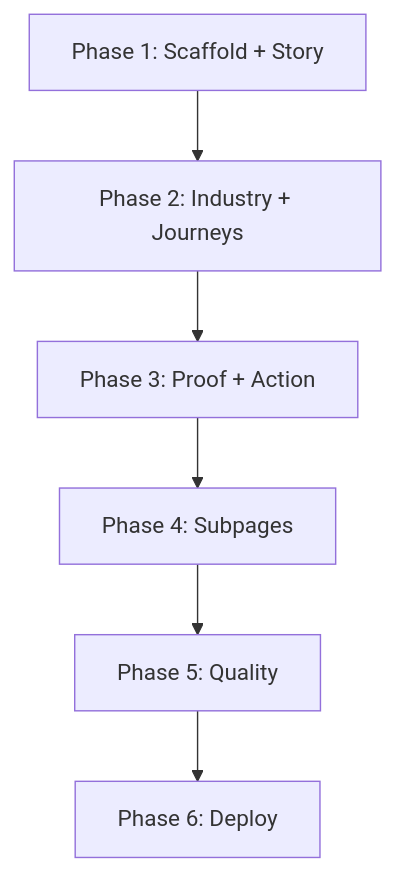
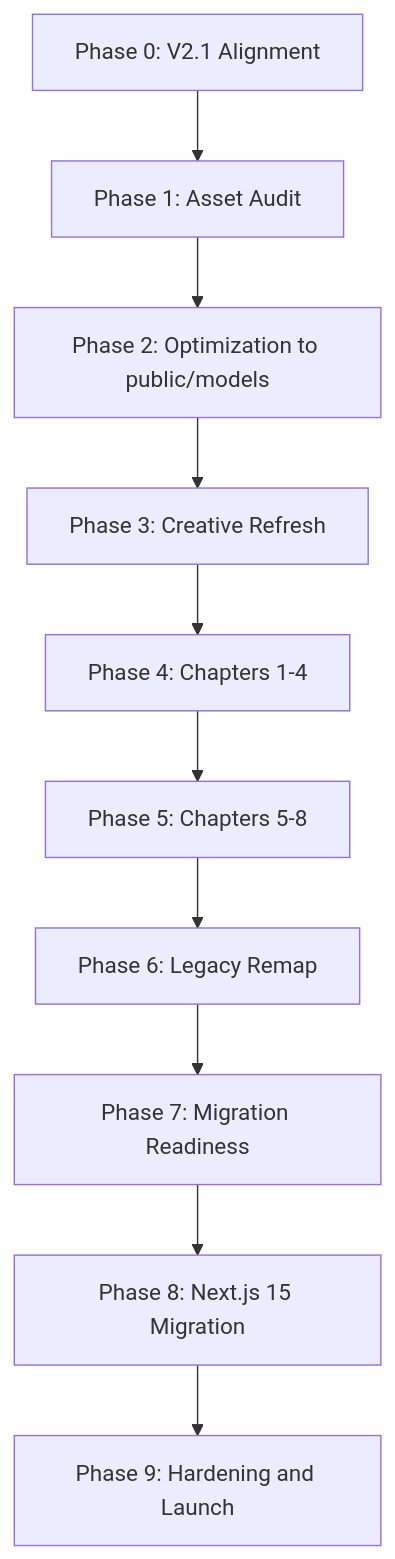
The diagram in docs/roadmap/smk-teknovo-portal-phases.md (SaenaAsColeAllStar/webtest), drawn with Mermaid before and after one commit. The commit also changed other lines of this file and 233 other files, not shown here.

First line of the commit message:
feat(portal): Phase 4 chapters 1-4 V2.1 immersive rebuild

````diff
--- a/docs/roadmap/smk-teknovo-portal-phases.md
+++ b/docs/roadmap/smk-teknovo-portal-phases.md
@@ -114,8 +320,12 @@
 ```mermaid
 graph TD
-  P1[Phase 1: Scaffold + Story] --> P2[Phase 2: Industry + Journeys]
-  P2 --> P3[Phase 3: Proof + Action]
-  P3 --> P4[Phase 4: Subpages]
-  P4 --> P5[Phase 5: Quality]
-  P5 --> P6[Phase 6: Deploy]
+  P0[Phase 0: V2.1 Alignment] --> P1[Phase 1: Asset Audit]
+  P1 --> P2[Phase 2: Optimization to public/models]
+  P2 --> P3[Phase 3: Creative Refresh]
+  P3 --> P4[Phase 4: Chapters 1-4]
+  P4 --> P5[Phase 5: Chapters 5-8]
+  P5 --> P6[Phase 6: Legacy Remap]
+  P6 --> P7[Phase 7: Migration Readiness]
+  P7 --> P8[Phase 8: Next.js 15 Migration]
+  P8 --> P9[Phase 9: Hardening and Launch]
 ```
````
